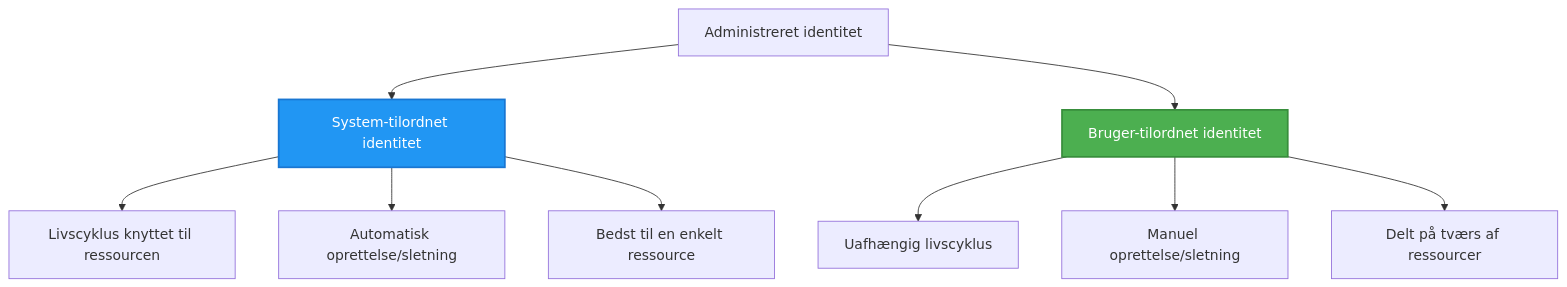
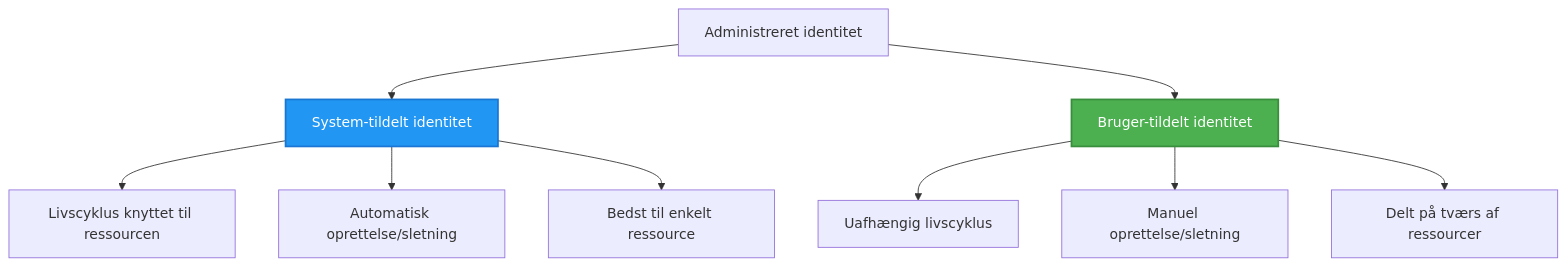
One commit to microsoft/AZD-for-beginners changed the second of 2 diagrams in translations/da/docs/chapter-03-configuration/authsecurity.md. Above: the diagram before and after it, drawn with Mermaid. The commit also changed other lines of this file and 101 other files, not shown here.

````diff
--- a/translations/da/docs/chapter-03-configuration/authsecurity.md
+++ b/translations/da/docs/chapter-03-configuration/authsecurity.md
@@ -97,20 +97,20 @@
 ```mermaid
 graph TB
     MI[Administreret identitet]
-    SystemAssigned[System-tilordnet identitet]
-    UserAssigned[Bruger-tilordnet identitet]
+    SystemAssigned[System-tildelt identitet]
+    UserAssigned[Bruger-tildelt identitet]
     
     MI --> SystemAssigned
     MI --> UserAssigned
     
     SystemAssigned --> SA1[Livscyklus knyttet til ressourcen]
     SystemAssigned --> SA2[Automatisk oprettelse/sletning]
-    SystemAssigned --> SA3[Bedst til en enkelt ressource]
+    SystemAssigned --> SA3[Bedst til enkelt ressource]
     
     UserAssigned --> UA1[Uafhængig livscyklus]
     UserAssigned --> UA2[Manuel oprettelse/sletning]
     UserAssigned --> UA3[Delt på tværs af ressourcer]
     
     style SystemAssigned fill:#2196F3,stroke:#1976D2,stroke-width:2px,color:#fff
     style UserAssigned fill:#4CAF50,stroke:#388E3C,stroke-width:2px,color:#fff
 ```
````
